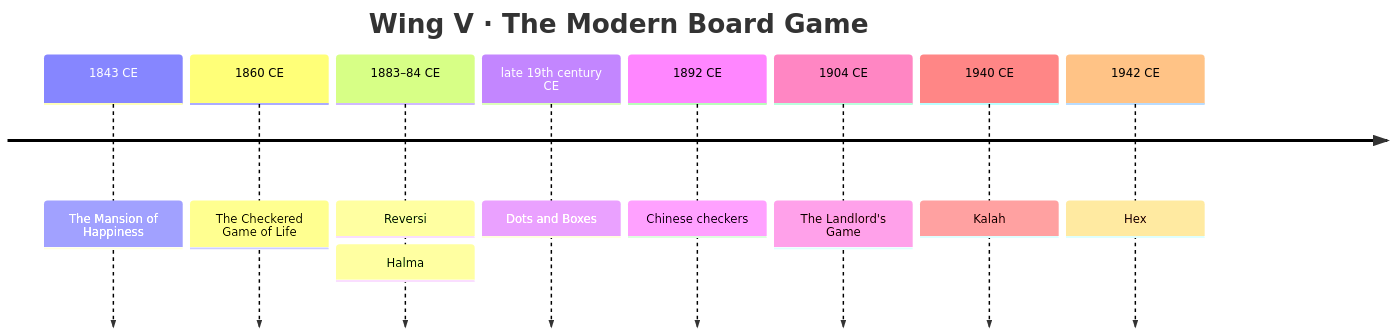
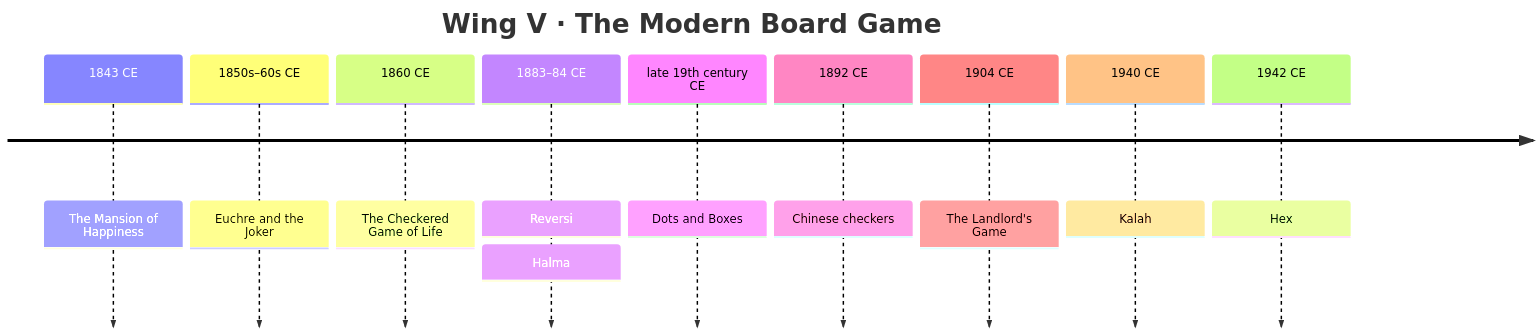
One commit to CptNope/Librarium-Archives changed the seventh of 8 diagrams in docs/exhibits.md. Above: the diagram before and after it, drawn with Mermaid. The commit also changed other lines of this file and 8 other files, not shown here.

````diff
--- a/docs/exhibits.md
+++ b/docs/exhibits.md
@@ -204,12 +208,13 @@
 ```mermaid
 timeline
     title Wing V · The Modern Board Game
     1843 CE : The Mansion of Happiness
+    1850s–60s CE : Euchre and the Joker
     1860 CE : The Checkered Game of Life
     1883–84 CE : Reversi : Halma
     late 19th century CE : Dots and Boxes
     1892 CE : Chinese checkers
     1904 CE : The Landlord's Game
     1940 CE : Kalah
     1942 CE : Hex
 ```
````
